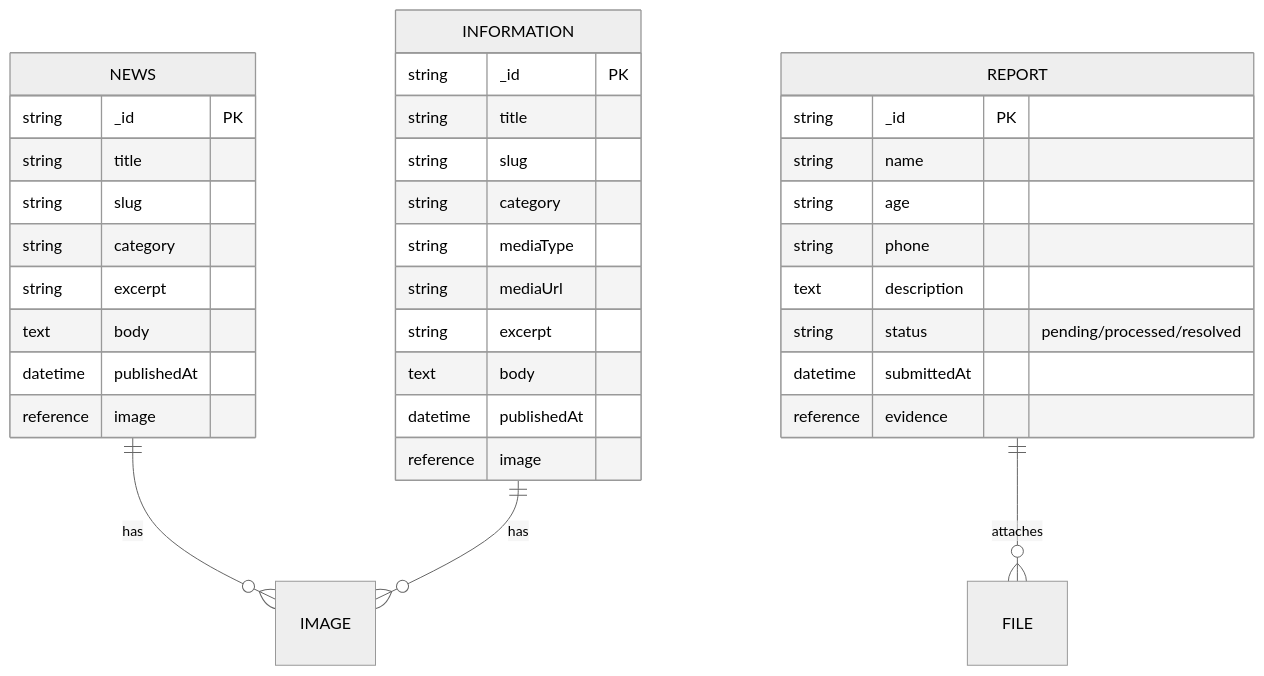
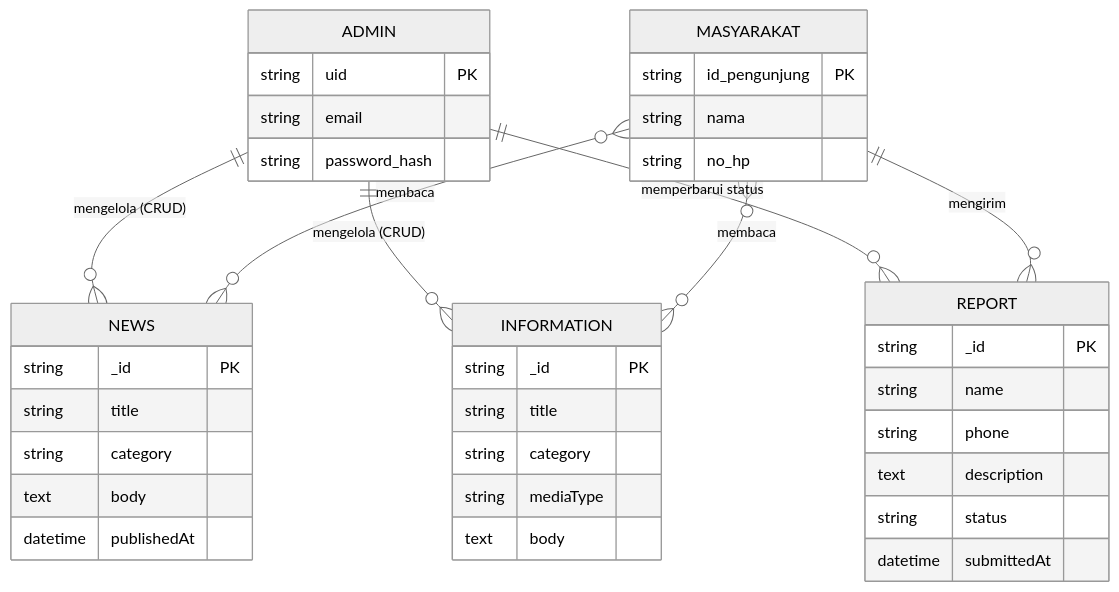
The first of 6 diagrams in docs/laporan akhir.md (adillahrn/rpl-bnn-sawahlunto), drawn with Mermaid (neutral theme) before and after one commit.

Commit message:
update erd

````diff
--- a/docs/laporan akhir.md
+++ b/docs/laporan akhir.md
@@ -171,39 +171,43 @@
 ```mermaid
 erDiagram
+    ADMIN {
+        string uid PK
+        string email
+        string password_hash
+    }
+    MASYARAKAT {
+        string id_pengunjung PK
+        string nama
+        string no_hp
+    }
     NEWS {
         string _id PK
         string title
-        string slug
         string category
-        string excerpt
         text body
         datetime publishedAt
-        reference image
     }
     INFORMATION {
         string _id PK
         string title
-        string slug
         string category
         string mediaType
-        string mediaUrl
-        string excerpt
         text body
-        datetime publishedAt
-        reference image
     }
     REPORT {
         string _id PK
         string name
-        string age
         string phone
         text description
-        string status "pending/processed/resolved"
+        string status
         datetime submittedAt
-        reference evidence
     }
     
-    NEWS ||--o{ IMAGE : has
-    INFORMATION ||--o{ IMAGE : has
-    REPORT ||--o{ FILE : attaches
+    ADMIN ||--o{ NEWS : "mengelola (CRUD)"
+    ADMIN ||--o{ INFORMATION : "mengelola (CRUD)"
+    ADMIN ||--o{ REPORT : "memperbarui status"
+    
+    MASYARAKAT ||--o{ REPORT : "mengirim"
+    MASYARAKAT }o--o{ NEWS : "membaca"
+    MASYARAKAT }o--o{ INFORMATION : "membaca"
 ```
````
